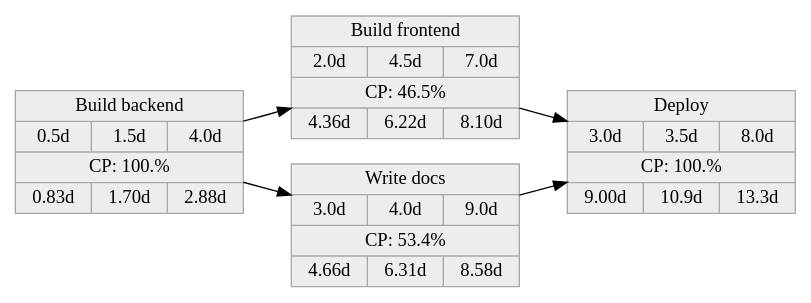
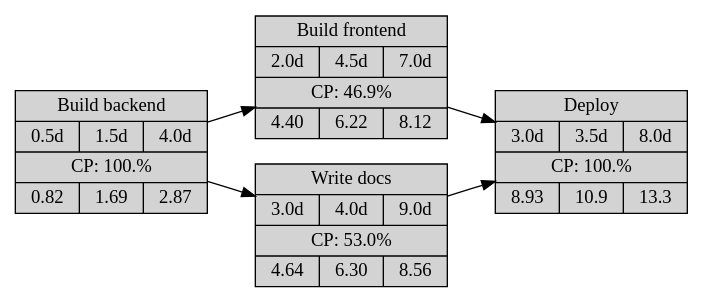
The diagram in example/project.dot (j-mueller/ernie), drawn with Graphviz before and after one commit. The commit also changed 6 other files, not shown here.

```diff
--- a/example/project.dot
+++ b/example/project.dot
@@ -1,14 +1,23 @@
-digraph 
-{
-node [shape=Mrecord]
-rankdir=LR
-  node [color="darkgray" fillcolor="grey93" style="filled" height=".1" shape="record"]
-  "TaskID 0" [label="Build backend|{0.5d|1.5d|4.0d}|CP: 100.%|{0.83d |1.70d | 2.88d }"]
-  "TaskID 1" [label="Build frontend|{2.0d|4.5d|7.0d}|CP: 46.5%|{4.36d |6.22d | 8.10d }"]
-  "TaskID 2" [label="Write docs|{3.0d|4.0d|9.0d}|CP: 53.4%|{4.66d |6.31d | 8.58d }"]
-  "TaskID 3" [label="Deploy|{3.0d|3.5d|8.0d}|CP: 100.%|{9.00d |10.9d | 13.3d }"]
-  "TaskID 0" -> "TaskID 1"
-  "TaskID 0" -> "TaskID 2"
-  "TaskID 1" -> "TaskID 3"
-  "TaskID 2" -> "TaskID 3"
+digraph "" {
+    graph [rankdir=LR];
+    node [shape=record
+         ,style=filled
+         ,bgcolor=gray93
+         ,height=0.1];
+    graph [style=dashed
+          ,labeljust=l];
+    3 [label="Deploy|{3.0d|3.5d|8.0d}|CP:\ 100.%|{8.93|10.9|13.3}"];
+    1 -> 3;
+    2 -> 3;
+    graph [style=dashed
+          ,labeljust=l];
+    2 [label="Write\ docs|{3.0d|4.0d|9.0d}|CP:\ 53.0%|{4.64|6.30|8.56}"];
+    0 -> 2;
+    graph [style=dashed
+          ,labeljust=l];
+    1 [label="Build\ frontend|{2.0d|4.5d|7.0d}|CP:\ 46.9%|{4.40|6.22|8.12}"];
+    0 -> 1;
+    graph [style=dashed
+          ,labeljust=l];
+    0 [label="Build\ backend|{0.5d|1.5d|4.0d}|CP:\ 100.%|{0.82|1.69|2.87}"];
 }
```
